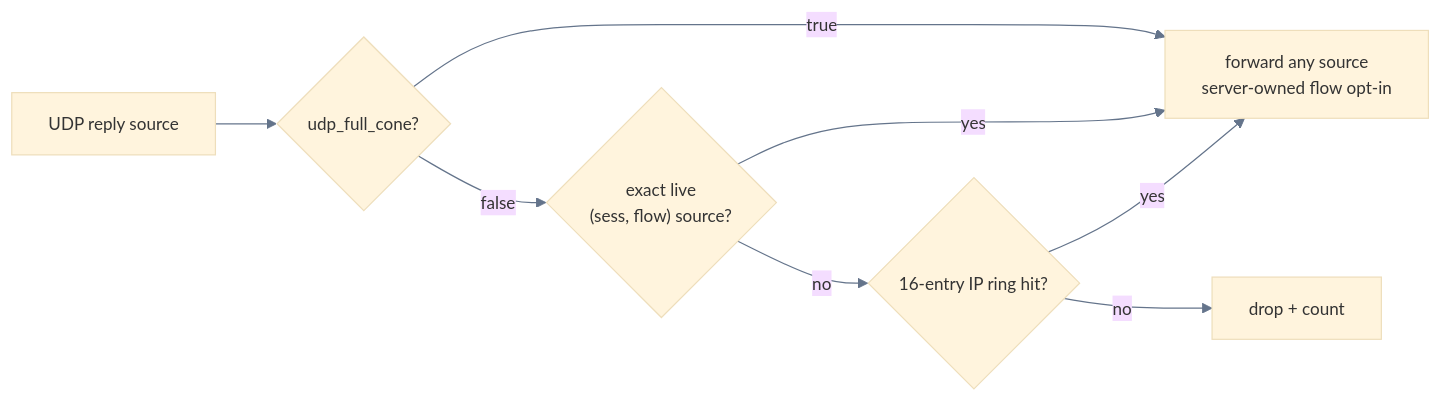
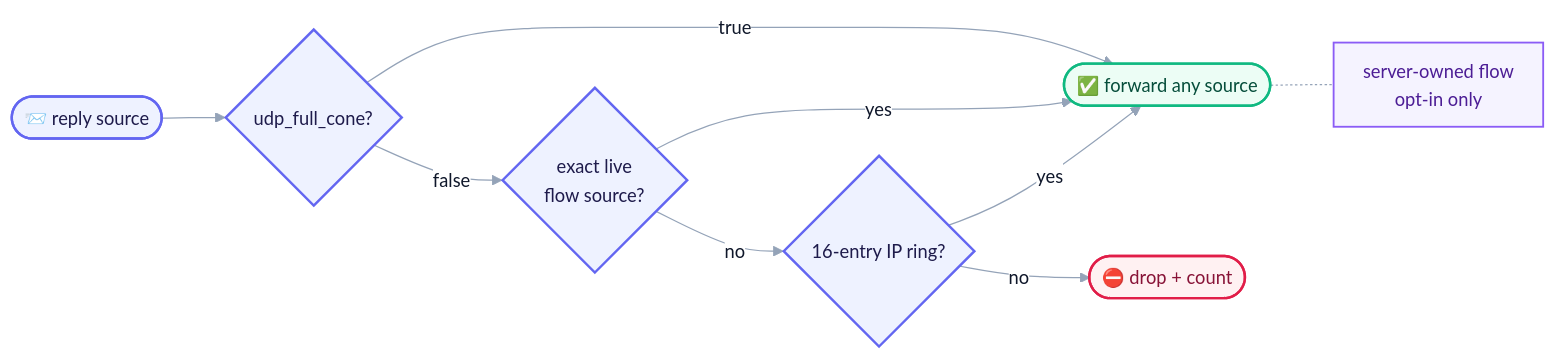
Before and after one commit to Terutoki/MyQUIC2: diagram 21 of 25 in README.md, drawn with Mermaid. The commit also changed other lines of this file, not shown here.

First line of the commit message:
docs(readme): redraw the Mermaid atlas with a polished visual system

````diff
--- a/README.md
+++ b/README.md
@@ -859,11 +983,25 @@
 ```mermaid
-%%{init: {"theme":"base","themeVariables":{"fontSize":"14px","lineColor":"#64748b"}}}%%
+%%{init: {"theme":"base","themeVariables":{"fontSize":"15px","primaryColor":"#eef2ff","primaryTextColor":"#0f172a","primaryBorderColor":"#6366f1","lineColor":"#94a3b8","secondaryColor":"#ecfeff","tertiaryColor":"#fff7ed","edgeLabelBackground":"#ffffff","clusterBkg":"#f8fafc","clusterBorder":"#e2e8f0","mainBkg":"#ffffff","noteBkgColor":"#eff6ff","noteBorderColor":"#93c5fd","noteTextColor":"#1e3a8a"},"flowchart":{"curve":"basis","nodeSpacing":34,"rankSpacing":52,"padding":12,"htmlLabels":true}} }%%
 flowchart LR
-R["UDP reply source"] --> FC{"udp_full_cone?"}
-    FC -->|"true"| OK["forward any source<br/>server-owned flow opt-in"]
-    FC -->|"false"| EX{"exact live<br/>(sess, flow) source?"}
+R(["📨 reply source"]) --> FC{"udp_full_cone?"}
+    FC -->|"true"| OK(["✅ forward any source"])
+    FC -->|"false"| EX{"exact live<br/>flow source?"}
     EX -->|"yes"| OK
-    EX -->|"no"| RING{"16-entry IP ring hit?"}
+    EX -->|"no"| RING{"16-entry IP ring?"}
     RING -->|"yes"| OK
-    RING -->|"no"| D["drop + count"]
+    RING -->|"no"| DROP(["⛔ drop + count"])
+    OK -.- NOTE["server-owned flow<br/>opt-in only"]
+    class R,FC,EX,RING coreC
+    class OK clientC
+    class DROP dangerC
+    class NOTE noteC
+
+    classDef clientC fill:#ecfdf5,stroke:#10b981,stroke-width:2px,color:#064e3b
+    classDef coreC fill:#eef2ff,stroke:#6366f1,stroke-width:2px,color:#1e1b4b
+    classDef wireC fill:#ecfeff,stroke:#0891b2,stroke-width:2px,color:#164e63
+    classDef warmC fill:#fff7ed,stroke:#f97316,stroke-width:2px,color:#7c2d12
+    classDef dangerC fill:#fff1f2,stroke:#e11d48,stroke-width:2px,color:#881337
+    classDef muteC fill:#f8fafc,stroke:#cbd5e1,color:#475569
+    classDef noteC fill:#f5f3ff,stroke:#8b5cf6,stroke-width:1.5px,color:#4c1d95
+    classDef decisionC fill:#fef3c7,stroke:#d97706,stroke-width:2px,color:#78350f
 ```
````
